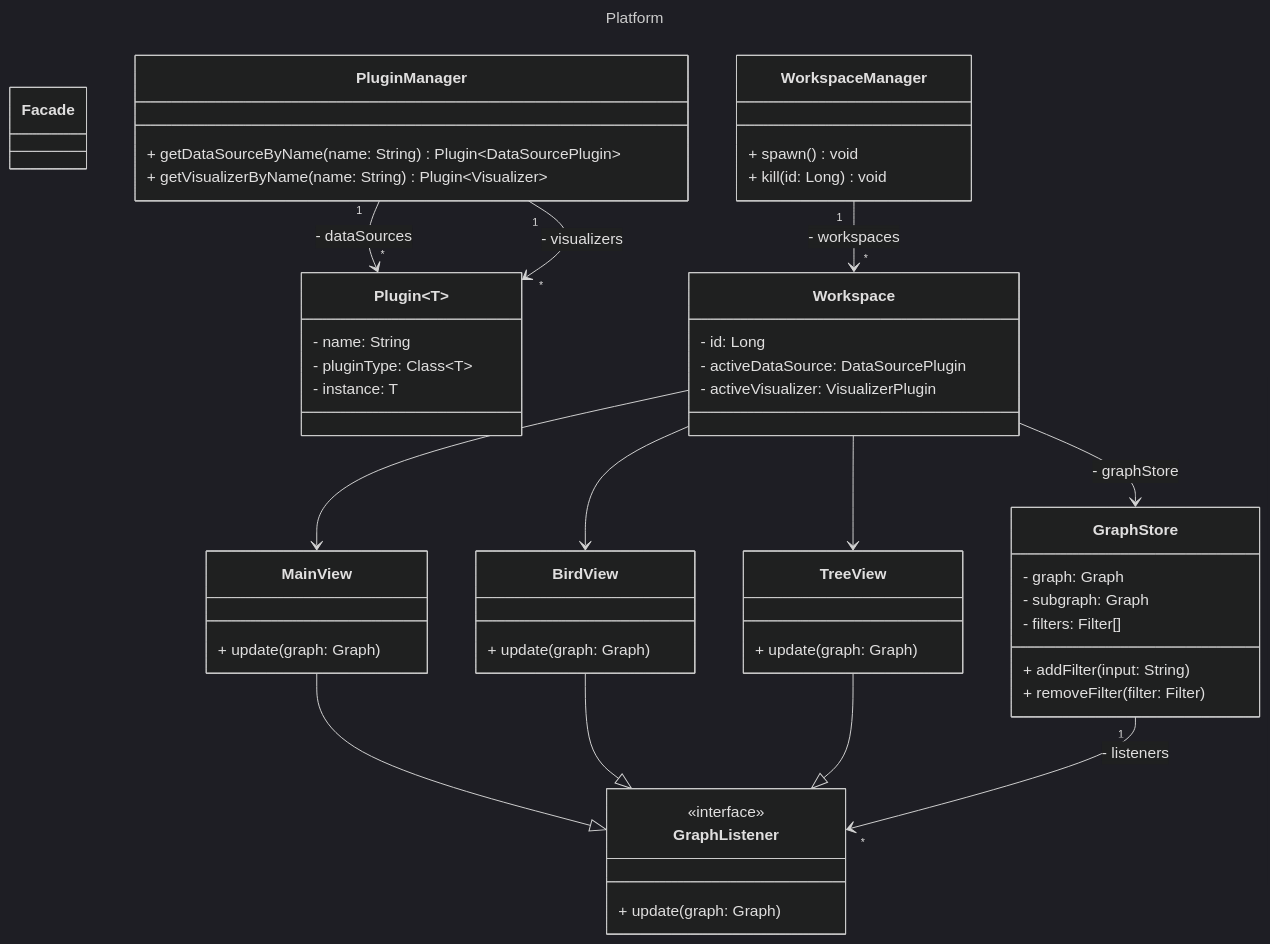
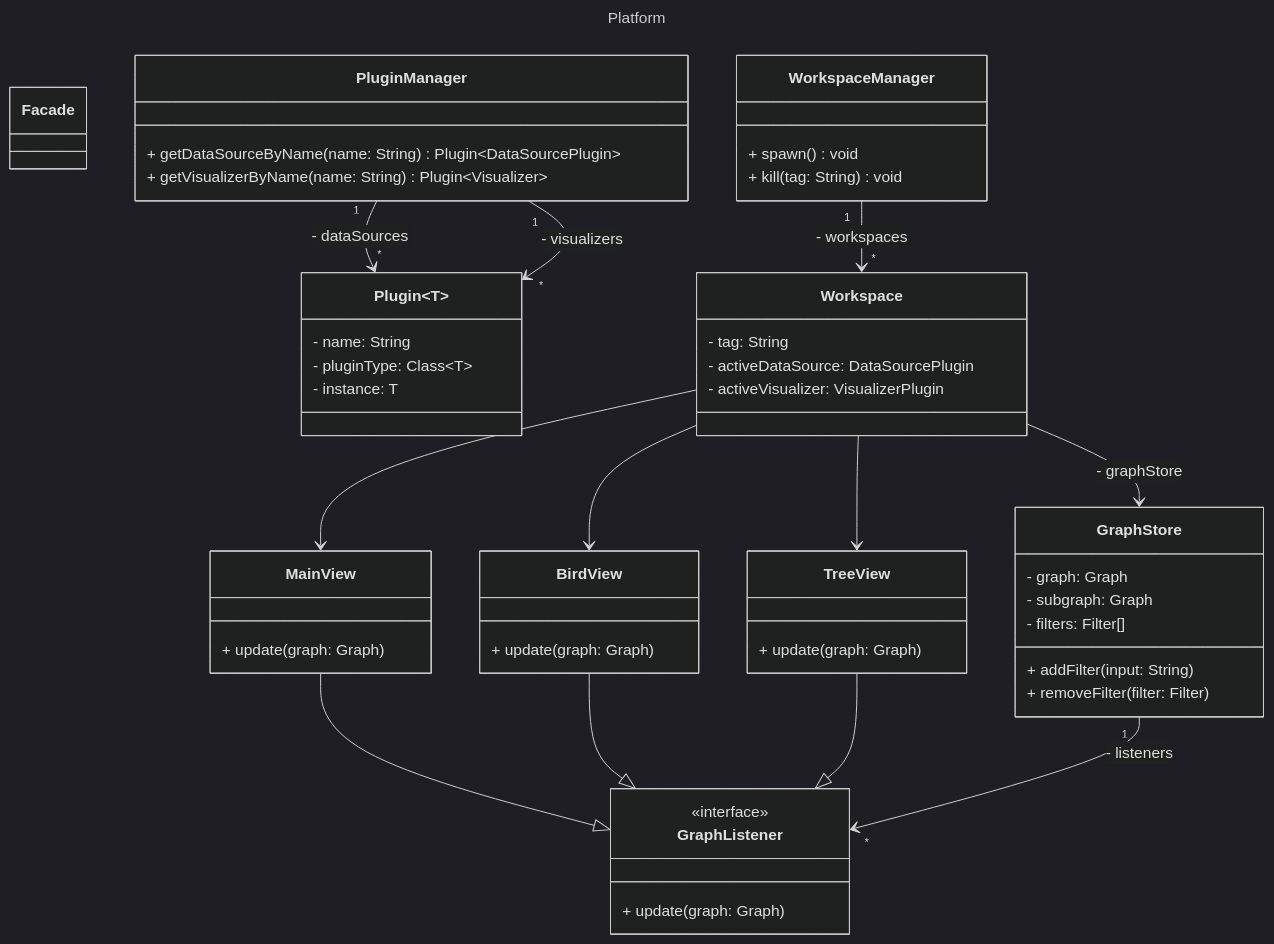
One commit to trami25/Graph-Visualizer changed the third of 3 diagrams in README.md. Above: the diagram before and after it, drawn with Mermaid (dark theme).

Commit message:
docs: change id to tag in workspace

````diff
--- a/README.md
+++ b/README.md
@@ -70,57 +70,57 @@
 ```mermaid
 ---
 title: Platform
 ---
 classDiagram
     class Facade
     class PluginManager {
         + getDataSourceByName(name: String) Plugin~DataSourcePlugin~
         + getVisualizerByName(name: String) Plugin~Visualizer~
     }
     class Plugin~T~ {
         - name: String
         - pluginType: Class~T~
         - instance: T
     }
     class WorkspaceManager {
         + spawn() void
-        + kill(id: Long) void
+        + kill(tag: String) void
     }
     class Workspace {
-        - id: Long
+        - tag: String
         - activeDataSource: DataSourcePlugin
         - activeVisualizer: VisualizerPlugin
     }
     class GraphStore {
         - graph: Graph
         - subgraph: Graph
         - filters: Filter[]
         + addFilter(input: String)
         + removeFilter(filter: Filter)
     }
     class MainView {
         + update(graph: Graph)
     }
     class BirdView {
         + update(graph: Graph)
     }
     class TreeView {
         + update(graph: Graph)
     }
     class GraphListener {
         <<interface>>
         + update(graph: Graph)
     }
     
     PluginManager "1" -->  "*" Plugin : - dataSources
     PluginManager "1" -->  "*" Plugin : - visualizers
     WorkspaceManager "1" --> "*" Workspace : - workspaces
     Workspace --> GraphStore : - graphStore
     Workspace --> MainView
     Workspace --> BirdView
     Workspace --> TreeView
     MainView --|> GraphListener
     BirdView --|> GraphListener
     TreeView --|> GraphListener
     GraphStore "1" --> "*" GraphListener :  - listeners
 ```
````
